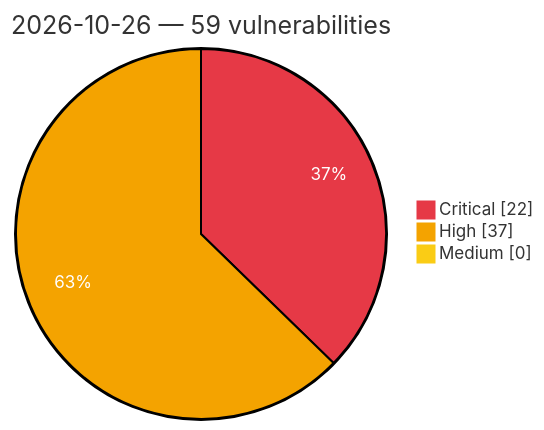
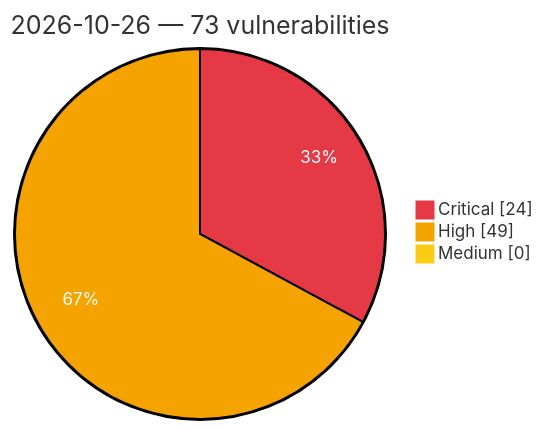
The diagram in vulnerabilities/2026/October/2026-10-26.md (GhostX0X/vuln-tracker), drawn with Mermaid before and after one commit. The commit also changed other lines of this file and 8 other files, not shown here.

Commit message:
Auto update: critical/high vulns (2026-10-27 01:07 UTC)

````diff
--- a/vulnerabilities/2026/October/2026-10-26.md
+++ b/vulnerabilities/2026/October/2026-10-26.md
@@ -3,8 +3,8 @@
 ```mermaid
 %%{init: {'theme':'base', 'themeVariables': {'pie1':'#e63946', 'pie2':'#f4a300', 'pie3':'#facc15', 'pieOpacity':'1', 'pieOuterStrokeWidth':'2px', 'pieSectionTextColor':'#ffffff'}}}%%
 pie showData
-    title 2026-10-26 — 59 vulnerabilities
-    "Critical" : 22
-    "High" : 37
+    title 2026-10-26 — 73 vulnerabilities
+    "Critical" : 24
+    "High" : 49
     "Medium" : 0
 ```
````
